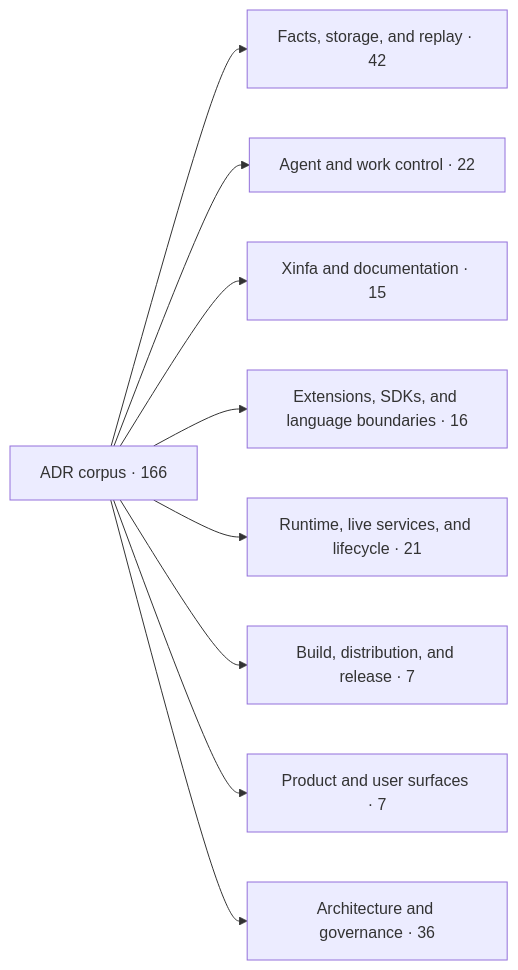
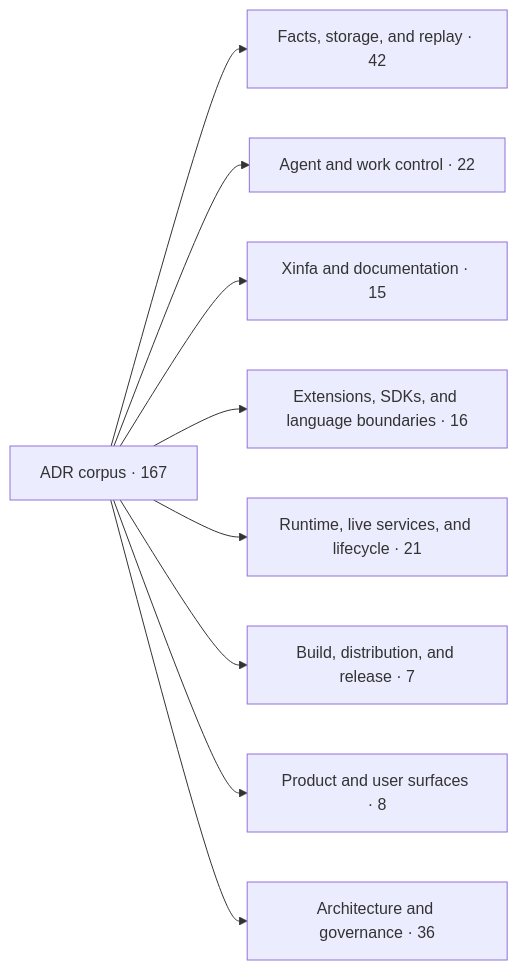
One commit to PterX/kungfu changed the first of 2 diagrams in docs/architecture/adr-map.md. Above: the diagram before and after it, drawn with Mermaid. The commit also changed other lines of this file and 25 other files, not shown here.

Commit message:
fix(platform): retire Intel macOS product surfaces

````diff
--- a/docs/architecture/adr-map.md
+++ b/docs/architecture/adr-map.md
@@ -20,12 +20,12 @@
 ```mermaid
 flowchart LR
-  root["ADR corpus · 166"]
+  root["ADR corpus · 167"]
   root --> d0["Facts, storage, and replay · 42"]
   root --> d1["Agent and work control · 22"]
   root --> d2["Xinfa and documentation · 15"]
   root --> d3["Extensions, SDKs, and language boundaries · 16"]
   root --> d4["Runtime, live services, and lifecycle · 21"]
   root --> d5["Build, distribution, and release · 7"]
-  root --> d6["Product and user surfaces · 7"]
+  root --> d6["Product and user surfaces · 8"]
   root --> d7["Architecture and governance · 36"]
 ```
````
